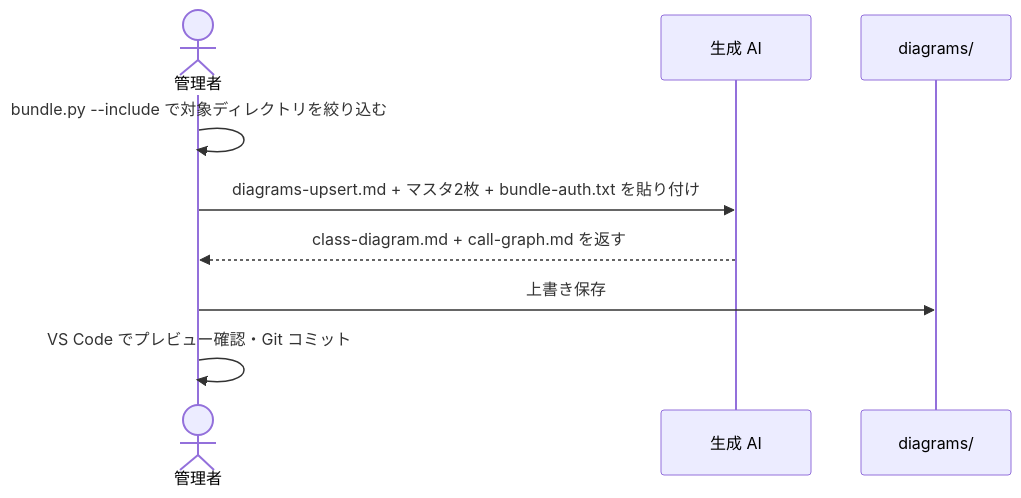
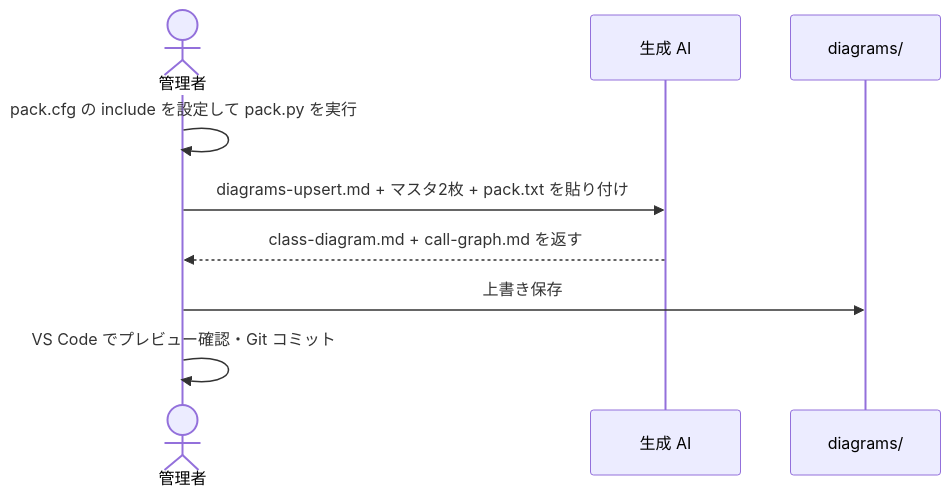
One commit to yasuhiro112358/ai-agent-toolkit changed the diagram in prompts/diagram-keeper/docs/how-to/update-partial.md. Above: the diagram before and after it, drawn with Mermaid. The commit also changed other lines of this file and 17 other files, not shown here.

First line of the commit message:
feat(diagram-keeper): replace bundle.py with pack.py and pack.cfg

````diff
--- a/prompts/diagram-keeper/docs/how-to/update-partial.md
+++ b/prompts/diagram-keeper/docs/how-to/update-partial.md
@@ -11,12 +11,12 @@
 ```mermaid
 sequenceDiagram
     actor 管理者
     participant AI as 生成 AI
     participant Repo as diagrams/
 
-    管理者->>管理者: bundle.py --include で対象ディレクトリを絞り込む
-    管理者->>AI: diagrams-upsert.md + マスタ2枚 + bundle-auth.txt を貼り付け
+    管理者->>管理者: pack.cfg の include を設定して pack.py を実行
+    管理者->>AI: diagrams-upsert.md + マスタ2枚 + pack.txt を貼り付け
     AI-->>管理者: class-diagram.md + call-graph.md を返す
     管理者->>Repo: 上書き保存
     管理者->>管理者: VS Code でプレビュー確認・Git コミット
 ```
````
